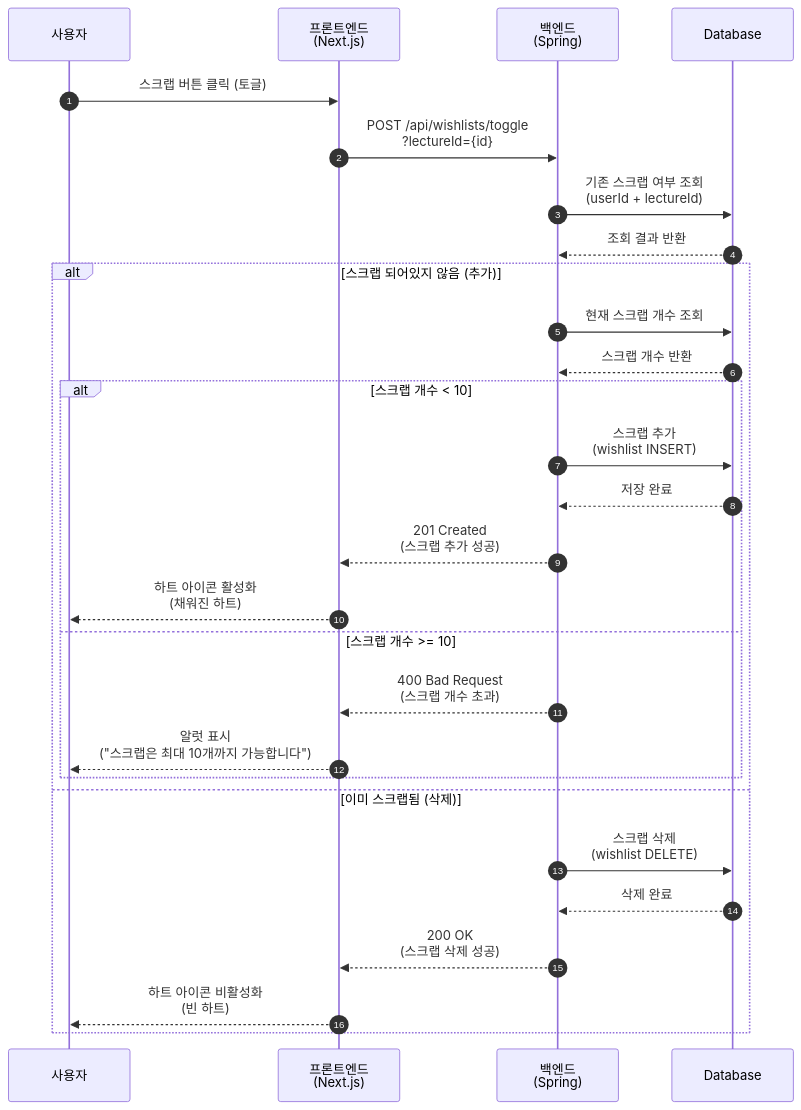
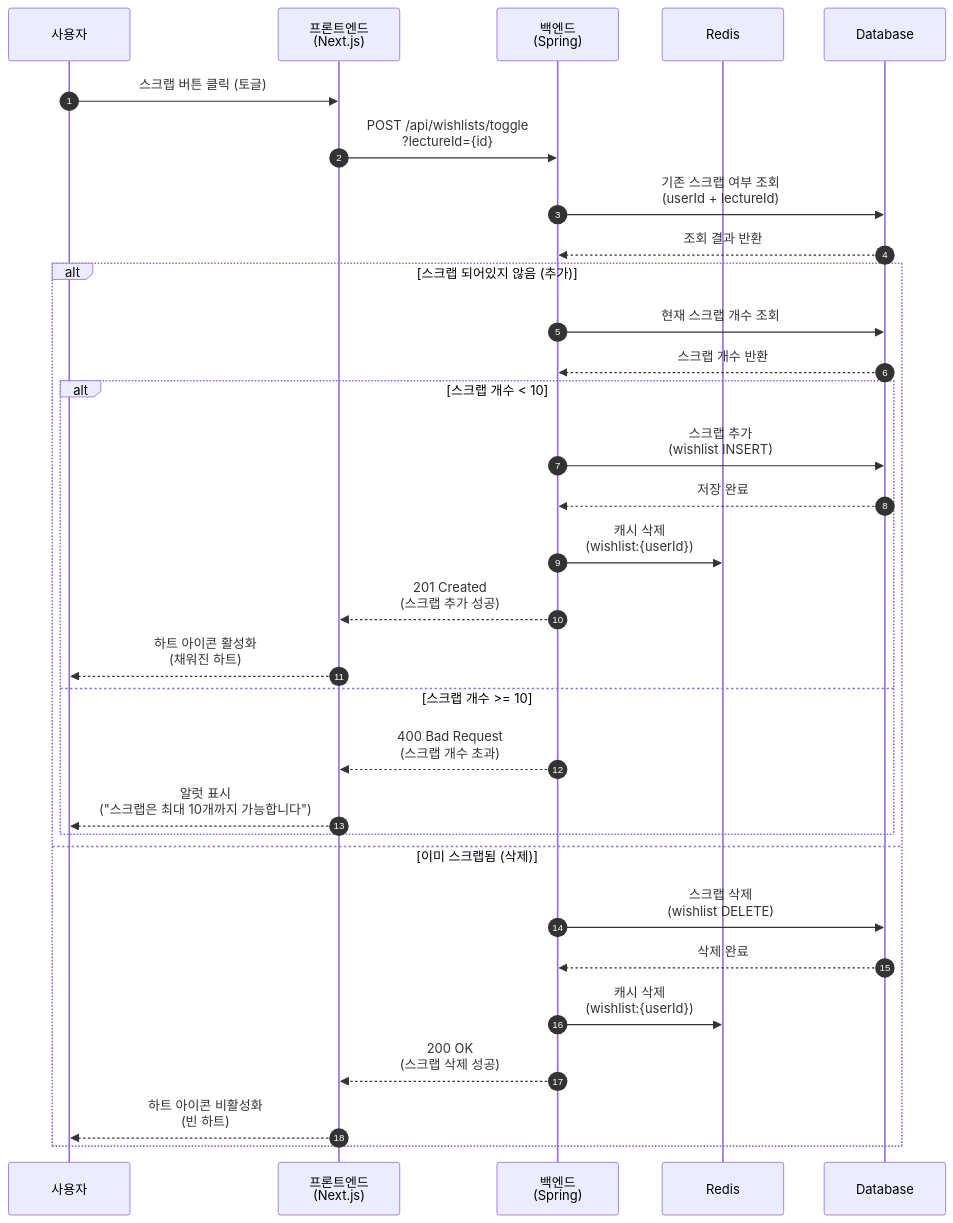
One commit to sw-campus/sw-campus-docs changed the first of 4 diagrams in sequence/wishlist/wishlist_diagram.md. Above: the diagram before and after it, drawn with Mermaid. The commit also changed other lines of this file and 3 other files, not shown here.

````diff
--- a/sequence/wishlist/wishlist_diagram.md
+++ b/sequence/wishlist/wishlist_diagram.md
@@ -9,34 +9,37 @@
 ```mermaid
 sequenceDiagram
     autonumber
     participant User as 사용자
     participant Frontend as 프론트엔드<br/>(Next.js)
     participant Backend as 백엔드<br/>(Spring)
+    participant Redis as Redis
     participant DB as Database
 
     User->>Frontend: 스크랩 버튼 클릭 (토글)
     Frontend->>Backend: POST /api/wishlists/toggle<br/>?lectureId={id}
     Backend->>DB: 기존 스크랩 여부 조회<br/>(userId + lectureId)
     DB-->>Backend: 조회 결과 반환
 
     alt 스크랩 되어있지 않음 (추가)
         Backend->>DB: 현재 스크랩 개수 조회
         DB-->>Backend: 스크랩 개수 반환
 
         alt 스크랩 개수 < 10
             Backend->>DB: 스크랩 추가<br/>(wishlist INSERT)
             DB-->>Backend: 저장 완료
+            Backend->>Redis: 캐시 삭제<br/>(wishlist:{userId})
             Backend-->>Frontend: 201 Created<br/>(스크랩 추가 성공)
             Frontend-->>User: 하트 아이콘 활성화<br/>(채워진 하트)
         else 스크랩 개수 >= 10
             Backend-->>Frontend: 400 Bad Request<br/>(스크랩 개수 초과)
             Frontend-->>User: 알럿 표시<br/>("스크랩은 최대 10개까지 가능합니다")
         end
 
     else 이미 스크랩됨 (삭제)
         Backend->>DB: 스크랩 삭제<br/>(wishlist DELETE)
         DB-->>Backend: 삭제 완료
+        Backend->>Redis: 캐시 삭제<br/>(wishlist:{userId})
         Backend-->>Frontend: 200 OK<br/>(스크랩 삭제 성공)
         Frontend-->>User: 하트 아이콘 비활성화<br/>(빈 하트)
     end
 ```
````
